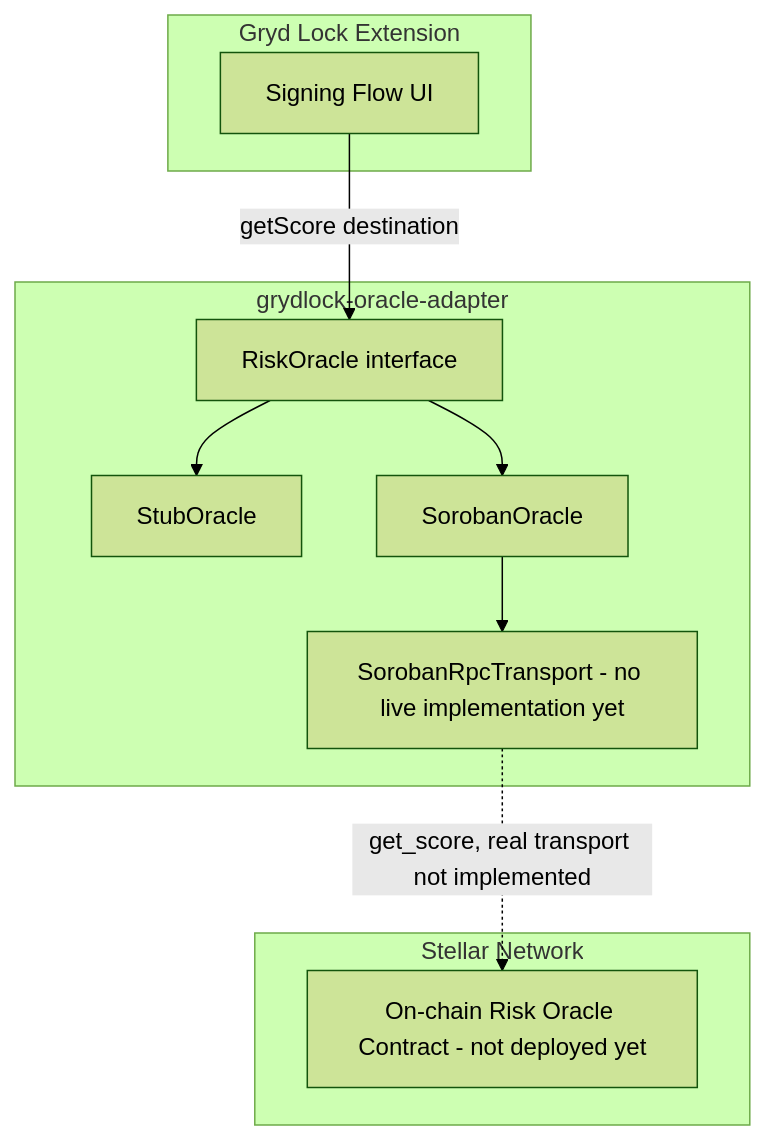
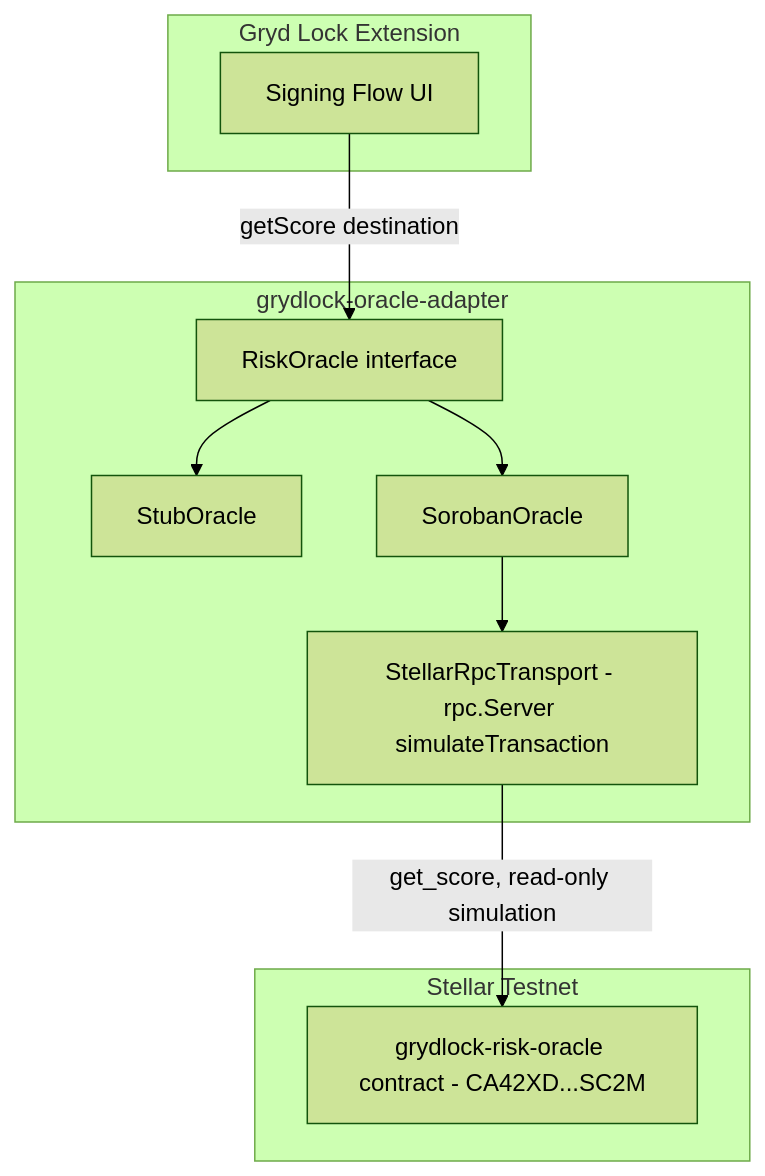
Before and after one commit to Gryd-lock/grydlock-oracle-adapter: the first of 2 diagrams in README.md, drawn with Mermaid (forest theme). The commit also changed other lines of this file, not shown here.

Commit message:
docs(readme): add live testnet quick start, contract id and accurate status

````diff
--- a/README.md
+++ b/README.md
@@ -63,23 +105,23 @@
 ```mermaid
 graph TB
     subgraph Extension["Gryd Lock Extension"]
         UI[Signing Flow UI]
     end
 
     subgraph Adapter["grydlock-oracle-adapter"]
         IFACE[RiskOracle interface]
         STUB[StubOracle]
         SOROBAN[SorobanOracle]
-        TRANSPORT[SorobanRpcTransport - no live implementation yet]
+        TRANSPORT[StellarRpcTransport - rpc.Server simulateTransaction]
     end
 
-    subgraph Chain["Stellar Network"]
-        CONTRACT[On-chain Risk Oracle Contract - not deployed yet]
+    subgraph Chain["Stellar Testnet"]
+        CONTRACT[grydlock-risk-oracle contract - CA42XD...SC2M]
     end
 
     UI -->|getScore destination| IFACE
     IFACE --> STUB
     IFACE --> SOROBAN
     SOROBAN --> TRANSPORT
-    TRANSPORT -.->|get_score, real transport not implemented| CONTRACT
+    TRANSPORT -->|get_score, read-only simulation| CONTRACT
 ```
````
